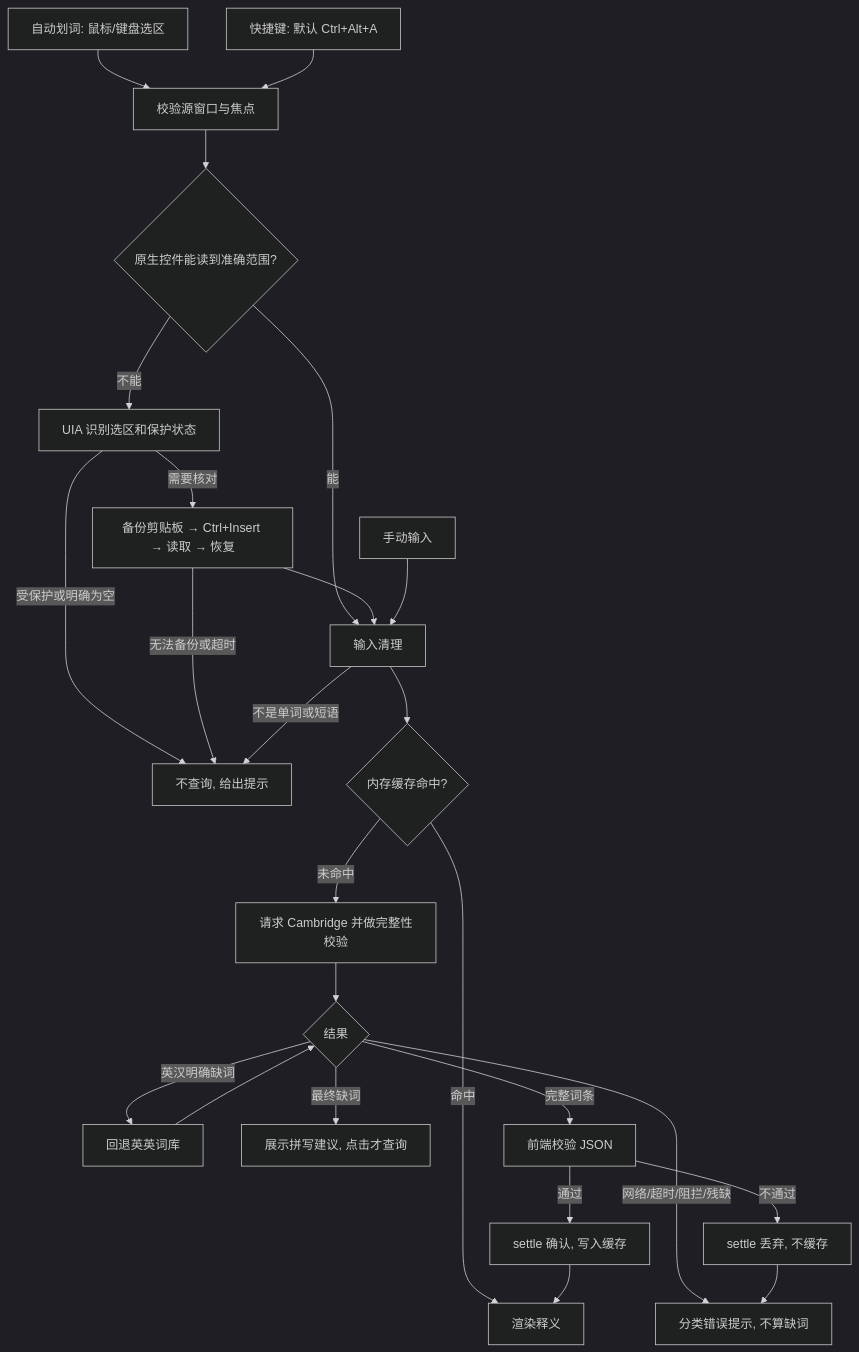
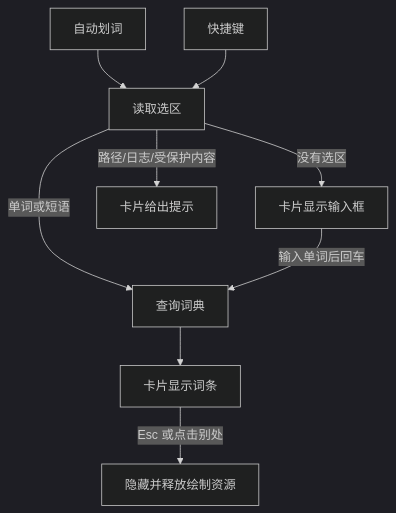
One commit to caoshuo2003/wordside changed the diagram in docs/PRODUCT-DEVELOPMENT.md. Above: the diagram before and after it, drawn with Mermaid (dark theme). The commit also changed other lines of this file and 101 other files, not shown here.

````diff
--- a/docs/PRODUCT-DEVELOPMENT.md
+++ b/docs/PRODUCT-DEVELOPMENT.md
@@ -31,25 +33,11 @@
 ```mermaid
 flowchart TD
-    A[自动划词: 鼠标/键盘选区] --> C[校验源窗口与焦点]
-    B[快捷键: 默认 Ctrl+Alt+A] --> C
-    C --> D{原生控件能读到准确范围?}
-    D -- 能 --> G[输入清理]
-    D -- 不能 --> E[UIA 识别选区和保护状态]
-    E -- 受保护或明确为空 --> X[不查询, 给出提示]
-    E -- 需要核对 --> F[备份剪贴板 → Ctrl+Insert → 读取 → 恢复]
-    F -- 无法备份或超时 --> X
-    F --> G
-    M[手动输入] --> G
-    G -- 不是单词或短语 --> X
-    G --> H{内存缓存命中?}
-    H -- 命中 --> K[渲染释义]
-    H -- 未命中 --> I[请求 Cambridge 并做完整性校验]
-    I --> J{结果}
-    J -- 英汉明确缺词 --> I2[回退英英词库]
-    I2 --> J
-    J -- 最终缺词 --> S[展示拼写建议, 点击才查询]
-    J -- 网络/超时/阻拦/残缺 --> Y[分类错误提示, 不算缺词]
-    J -- 完整词条 --> V[前端校验 JSON]
-    V -- 通过 --> W[settle 确认, 写入缓存] --> K
-    V -- 不通过 --> Z[settle 丢弃, 不缓存] --> Y
+    A[自动划词] --> C[读取选区]
+    B[快捷键] --> C
+    C -- 单词或短语 --> E[查询词典]
+    C -- 没有选区 --> M[卡片显示输入框]
+    M -- 输入单词后回车 --> E
+    C -- 路径/日志/受保护内容 --> X[卡片给出提示]
+    E --> F[卡片显示词条]
+    F -- Esc 或点击别处 --> H[隐藏并释放绘制资源]
 ```
````
